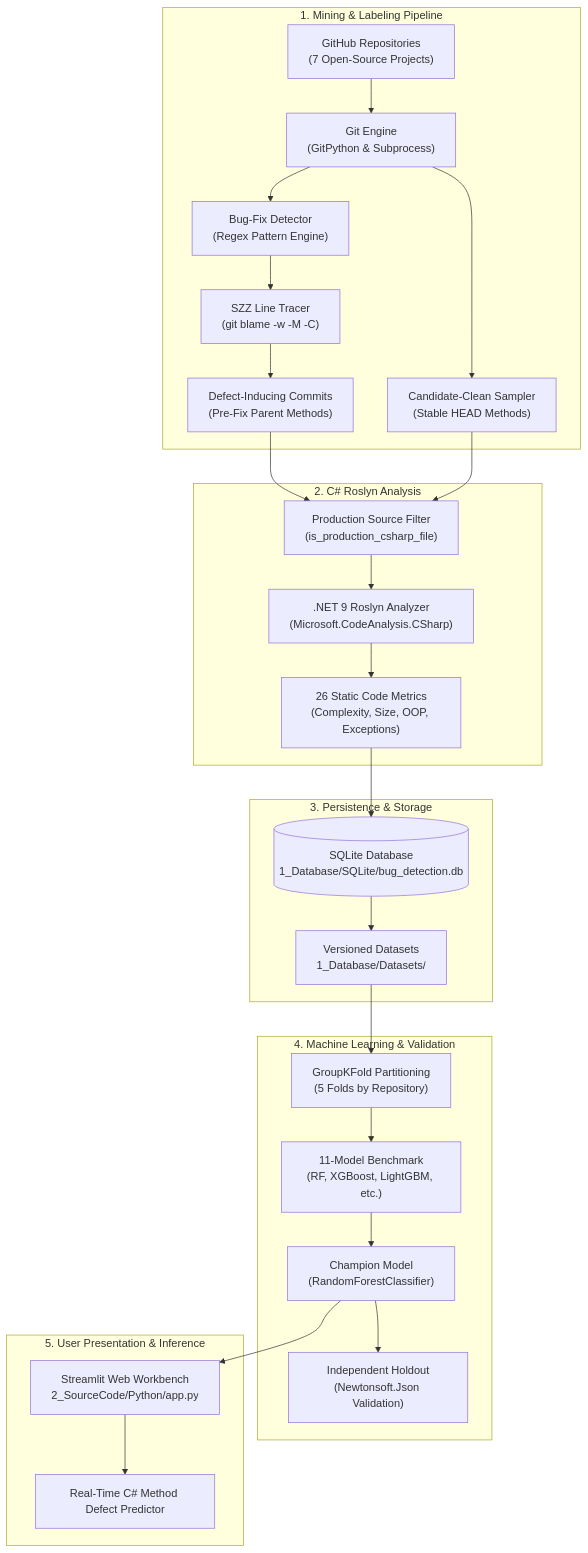
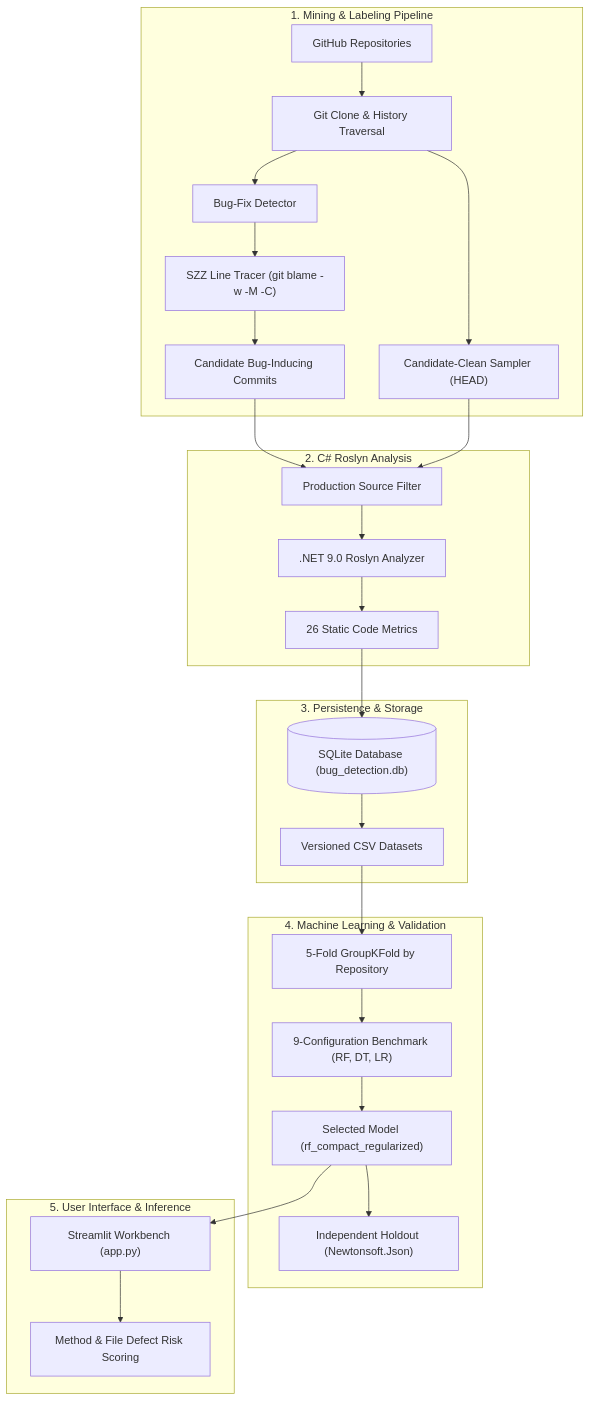
Before and after one commit to BogdanCTU/Applied-Computational-Intelligence-UBB: the diagram in Year2_Semester1_ComputationalIntelligenceSoftwareEngineering/CISE_Project2/5_Documentation/01_Architecture/SYSTEM_ARCHITECTURE.md, drawn with Mermaid. The commit also changed other lines of this file and 74 other files, not shown here.

````diff
--- a/Year2_Semester1_ComputationalIntelligenceSoftwareEngineering/CISE_Project2/5_Documentation/01_Architecture/SYSTEM_ARCHITECTURE.md
+++ b/Year2_Semester1_ComputationalIntelligenceSoftwareEngineering/CISE_Project2/5_Documentation/01_Architecture/SYSTEM_ARCHITECTURE.md
@@ -14,34 +14,34 @@
 ```mermaid
 flowchart TD
     subgraph Mining["1. Mining & Labeling Pipeline"]
-        GH["GitHub Repositories<br/>(7 Open-Source Projects)"] --> GitClone["Git Engine<br/>(GitPython & Subprocess)"]
-        GitClone --> BF["Bug-Fix Detector<br/>(Regex Pattern Engine)"]
-        BF --> SZZ["SZZ Line Tracer<br/>(git blame -w -M -C)"]
-        SZZ --> BIC["Defect-Inducing Commits<br/>(Pre-Fix Parent Methods)"]
-        GitClone --> HEAD["Candidate-Clean Sampler<br/>(Stable HEAD Methods)"]
+        GH["GitHub Repositories"] --> GitClone["Git Clone & History Traversal"]
+        GitClone --> BF["Bug-Fix Detector"]
+        BF --> SZZ["SZZ Line Tracer (git blame -w -M -C)"]
+        SZZ --> BIC["Candidate Bug-Inducing Commits"]
+        GitClone --> HEAD["Candidate-Clean Sampler (HEAD)"]
     end
 
     subgraph Analysis["2. C# Roslyn Analysis"]
-        BIC --> Filter["Production Source Filter<br/>(is_production_csharp_file)"]
+        BIC --> Filter["Production Source Filter"]
         HEAD --> Filter
-        Filter --> Roslyn[".NET 9 Roslyn Analyzer<br/>(Microsoft.CodeAnalysis.CSharp)"]
-        Roslyn --> Metrics["26 Static Code Metrics<br/>(Complexity, Size, OOP, Exceptions)"]
+        Filter --> Roslyn[".NET 9.0 Roslyn Analyzer"]
+        Roslyn --> Metrics["26 Static Code Metrics"]
     end
 
     subgraph DataStore["3. Persistence & Storage"]
-        Metrics --> SQLite[("SQLite Database<br/>1_Database/SQLite/bug_detection.db")]
-        SQLite --> CSVEval["Versioned Datasets<br/>1_Database/Datasets/"]
+        Metrics --> SQLite[("SQLite Database (bug_detection.db)")]
+        SQLite --> CSVEval["Versioned CSV Datasets"]
     end
 
     subgraph ML["4. Machine Learning & Validation"]
-        CSVEval --> GKF["GroupKFold Partitioning<br/>(5 Folds by Repository)"]
-        GKF --> Benchmark["11-Model Benchmark<br/>(RF, XGBoost, LightGBM, etc.)"]
-        Benchmark --> BestModel["Champion Model<br/>(RandomForestClassifier)"]
-        BestModel --> Holdout["Independent Holdout<br/>(Newtonsoft.Json Validation)"]
+        CSVEval --> GKF["5-Fold GroupKFold by Repository"]
+        GKF --> Benchmark["9-Configuration Benchmark (RF, DT, LR)"]
+        Benchmark --> BestModel["Selected Model (rf_compact_regularized)"]
+        BestModel --> Holdout["Independent Holdout (Newtonsoft.Json)"]
     end
 
-    subgraph App["5. User Presentation & Inference"]
-        BestModel --> UI["Streamlit Web Workbench<br/>2_SourceCode/Python/app.py"]
-        UI --> Realtime["Real-Time C# Method Defect Predictor"]
+    subgraph App["5. User Interface & Inference"]
+        BestModel --> UI["Streamlit Workbench (app.py)"]
+        UI --> Realtime["Method & File Defect Risk Scoring"]
     end
 ```
````
